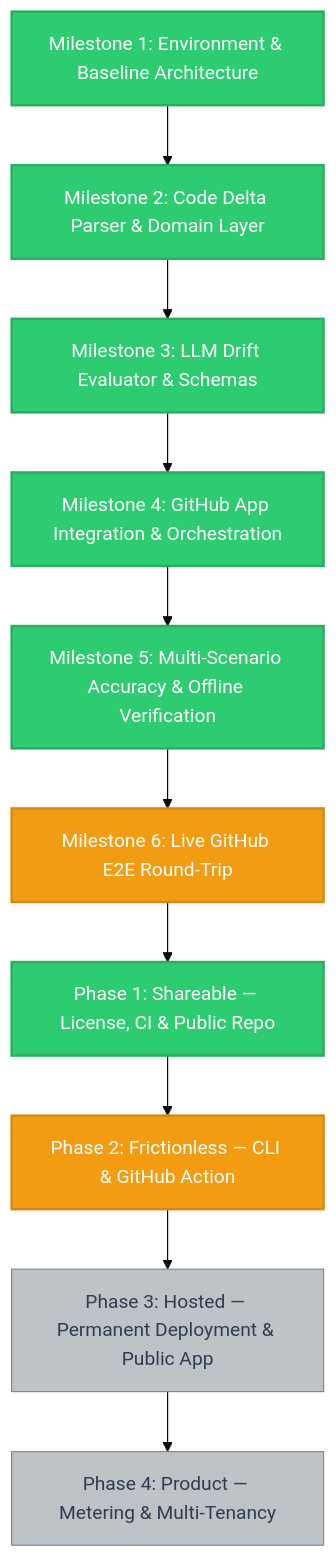
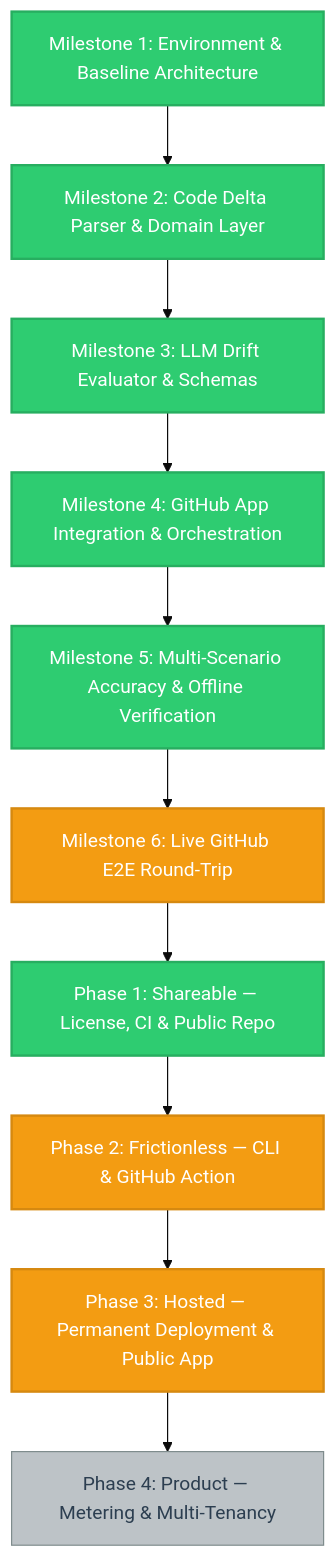
The diagram in PROGRESS.md (kaamipresents/readme-realist), drawn with Mermaid (base theme) before and after one commit. The commit also changed other lines of this file and 7 other files, not shown here.

````diff
--- a/PROGRESS.md
+++ b/PROGRESS.md
@@ -3,45 +3,45 @@
 ```mermaid
 graph TD
     %% Workflow Architecture
     M1[Milestone 1: Environment & Baseline Architecture]
     M2[Milestone 2: Code Delta Parser & Domain Layer]
     M3[Milestone 3: LLM Drift Evaluator & Schemas]
     M4[Milestone 4: GitHub App Integration & Orchestration]
     M5[Milestone 5: Multi-Scenario Accuracy & Offline Verification]
     M6[Milestone 6: Live GitHub E2E Round-Trip]
 
     %% Distribution Track
     P1[Phase 1: Shareable — License, CI & Public Repo]
     P2[Phase 2: Frictionless — CLI & GitHub Action]
     P3[Phase 3: Hosted — Permanent Deployment & Public App]
     P4[Phase 4: Product — Metering & Multi-Tenancy]
 
     %% Dependencies
     M1 --> M2
     M2 --> M3
     M3 --> M4
     M4 --> M5
     M5 --> M6
     M6 --> P1
     P1 --> P2
     P2 --> P3
     P3 --> P4
 
     %% Style Classes
     classDef done fill:#2ecc71,stroke:#27ae60,stroke-width:2px,color:#ffffff;
     classDef active fill:#f39c12,stroke:#d68910,stroke-width:2px,color:#ffffff;
     classDef blocked fill:#e74c3c,stroke:#c0392b,stroke-width:2px,color:#ffffff;
     classDef todo fill:#bdc3c7,stroke:#7f8c8d,stroke-width:1px,color:#2c3e50;
 
     %% Dynamic Node State Assignments
     class M1 done;
     class M2 done;
     class M3 done;
     class M4 done;
     class M5 done;
     class M6 active;
     class P1 done;
     class P2 active;
-    class P3 todo;
+    class P3 active;
     class P4 todo;
 ```
````
